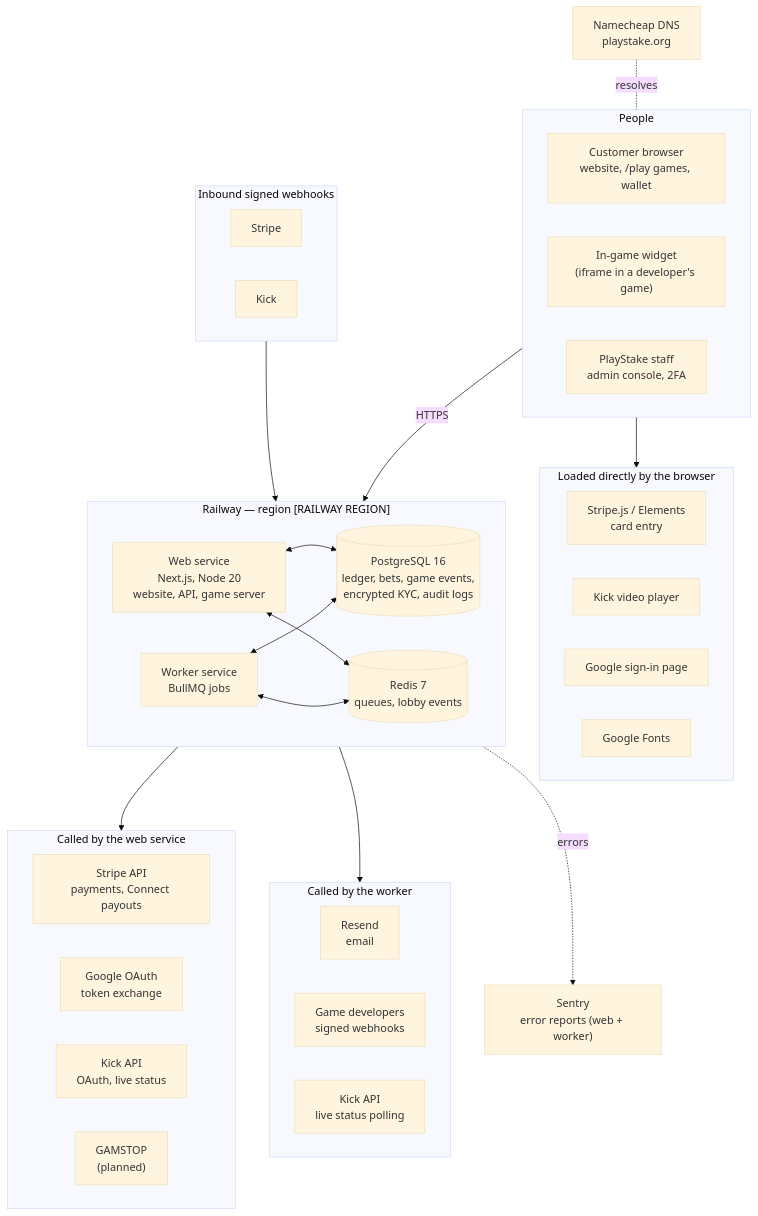
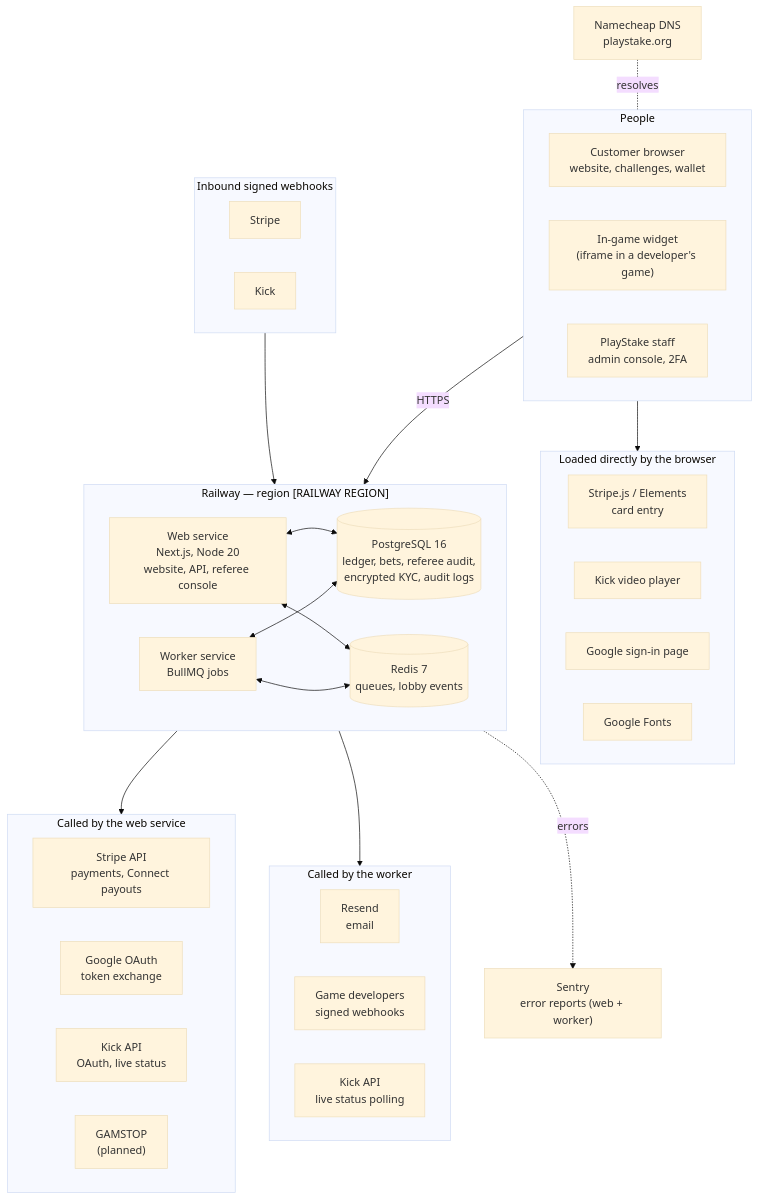
The diagram in docs/compliance/08-system-diagram-and-outsourcing-map.md (mayswill3/PlayStake), drawn with Mermaid (base theme) before and after one commit. The commit also changed other lines of this file and 36 other files, not shown here.

````diff
--- a/docs/compliance/08-system-diagram-and-outsourcing-map.md
+++ b/docs/compliance/08-system-diagram-and-outsourcing-map.md
@@ -25,61 +25,61 @@
 ```mermaid
 flowchart TB
   subgraph Users["People"]
     direction LR
-    B["Customer browser<br/>website, /play games, wallet"]
+    B["Customer browser<br/>website, challenges, wallet"]
     W["In-game widget<br/>(iframe in a developer's game)"]
     STAFF["PlayStake staff<br/>admin console, 2FA"]
   end
 
   subgraph Direct["Loaded directly by the browser"]
     direction LR
     STJS["Stripe.js / Elements<br/>card entry"]
     KP["Kick video player"]
     GSI["Google sign-in page"]
     GF["Google Fonts"]
   end
 
   subgraph Railway["Railway — region [RAILWAY REGION]"]
     direction LR
-    WEB["Web service<br/>Next.js, Node 20<br/>website, API, game server"]
+    WEB["Web service<br/>Next.js, Node 20<br/>website, API, referee console"]
     WRK["Worker service<br/>BullMQ jobs"]
-    PG[("PostgreSQL 16<br/>ledger, bets, game events,<br/>encrypted KYC, audit logs")]
+    PG[("PostgreSQL 16<br/>ledger, bets, referee audit,<br/>encrypted KYC, audit logs")]
     RD[("Redis 7<br/>queues, lobby events")]
   end
 
   subgraph WebCalls["Called by the web service"]
     direction LR
     ST["Stripe API<br/>payments, Connect payouts"]
     GO["Google OAuth<br/>token exchange"]
     KK["Kick API<br/>OAuth, live status"]
     GS["GAMSTOP<br/>(planned)"]
   end
 
   subgraph WrkCalls["Called by the worker"]
     direction LR
     RS["Resend<br/>email"]
     DEV["Game developers<br/>signed webhooks"]
     KK2["Kick API<br/>live status polling"]
   end
 
   subgraph Inbound["Inbound signed webhooks"]
     direction LR
     STW["Stripe"]
     KW["Kick"]
   end
 
   SN["Sentry<br/>error reports (web + worker)"]
   NC["Namecheap DNS<br/>playstake.org"]
 
   Users -- "HTTPS" --> WEB
   B --> Direct
   NC -. "resolves" .- B
   WEB <--> PG
   WEB <--> RD
   WRK <--> PG
   WRK <--> RD
   WEB --> WebCalls
   WRK --> WrkCalls
   Inbound --> WEB
   Railway -. errors .-> SN
 ```
````
